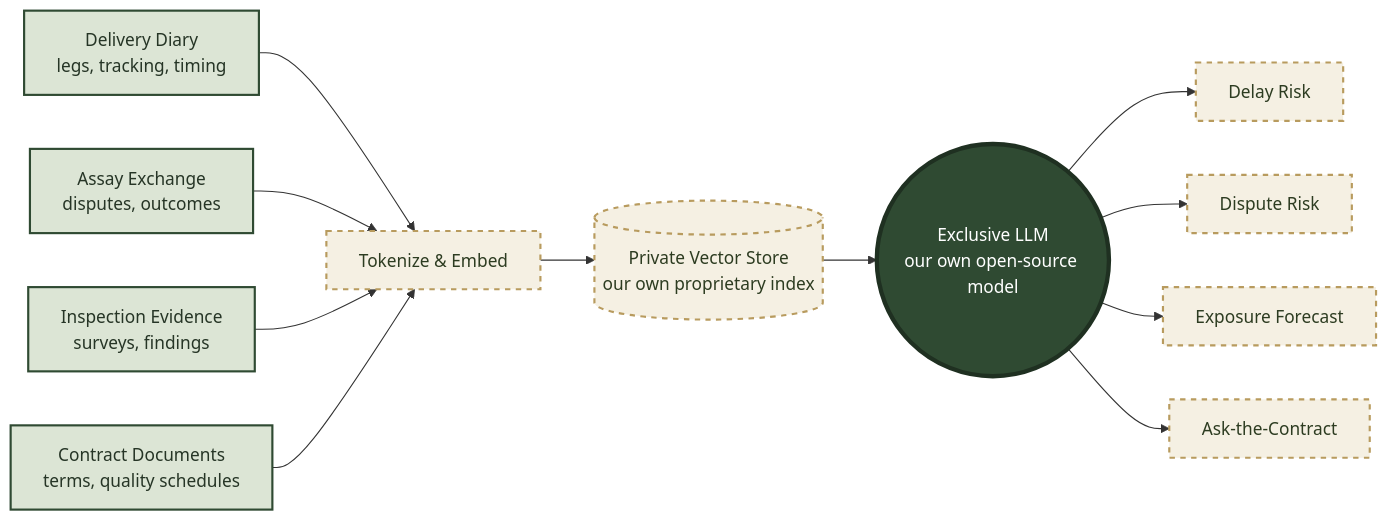
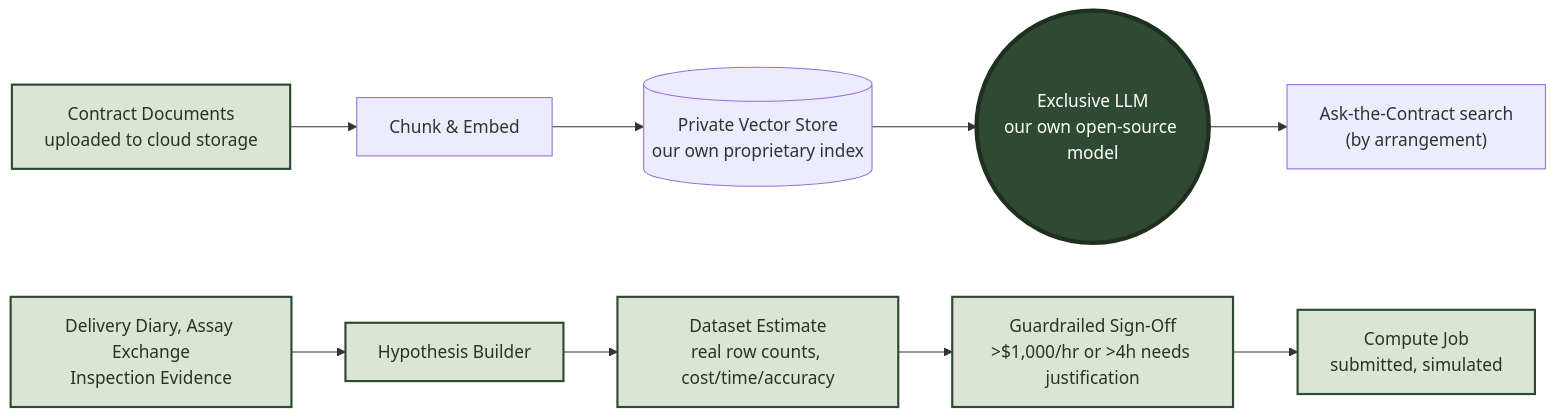
One commit to DIGASSAY/digassay changed the diagram in Knowledge Base/Historical Deliveries.md. Above: the diagram before and after it, drawn with Mermaid. The commit also changed other lines of this file and 5 other files, not shown here.

````diff
--- a/Knowledge Base/Historical Deliveries.md
+++ b/Knowledge Base/Historical Deliveries.md
@@ -30,20 +30,17 @@
 ```mermaid
 flowchart LR
     classDef n fill:#DCE5D5,stroke:#2F4A32,color:#263526,stroke-width:2px;
     classDef c fill:#2F4A32,stroke:#1F3021,color:#FFFFFF,stroke-width:4px;
-    classDef roadmap fill:#F5F0E3,stroke:#B89B5E,color:#2D3C21,stroke-width:2px,stroke-dasharray:5 5;
 
-    H1["Delivery Diary<br/>legs, tracking, timing"] --> ING
-    H2["Assay Exchange<br/>disputes, outcomes"] --> ING
-    H3["Inspection Evidence<br/>surveys, findings"] --> ING
-    H4["Contract Documents<br/>terms, quality schedules"] --> ING
+    H1["Contract Documents<br/>uploaded to cloud storage"] --> ING
+    ING["Chunk &amp; Embed"] --> VS[("Private Vector Store<br/>our own proprietary index")]
+    VS --> LLM(("Exclusive LLM<br/>our own open-source model")):::c
+    LLM --> KB1["Ask-the-Contract search<br/>(by arrangement)"]
 
-    ING["Tokenize &amp; Embed"] --> VS[("Private Vector Store<br/>our own proprietary index")]
-    VS --> LLM(("Exclusive LLM<br/>our own open-source model")):::c
-    LLM --> PR1["Delay Risk"]
-    LLM --> PR2["Dispute Risk"]
-    LLM --> PR3["Exposure Forecast"]
-    LLM --> PR4["Ask-the-Contract"]
+    H2["Delivery Diary, Assay Exchange<br/>Inspection Evidence"] --> HY["Hypothesis Builder"]
+    HY --> EST["Dataset Estimate<br/>real row counts, cost/time/accuracy"]
+    EST --> SO["Guardrailed Sign-Off<br/>&gt;$1,000/hr or &gt;4h needs justification"]
+    SO --> JOB["Compute Job<br/>submitted, simulated"]
 
-    class H1,H2,H3,H4 n; class ING,VS roadmap; class PR1,PR2,PR3,PR4 roadmap;
+    class H1,H2,HY,EST,SO,JOB n;
 ```
````
